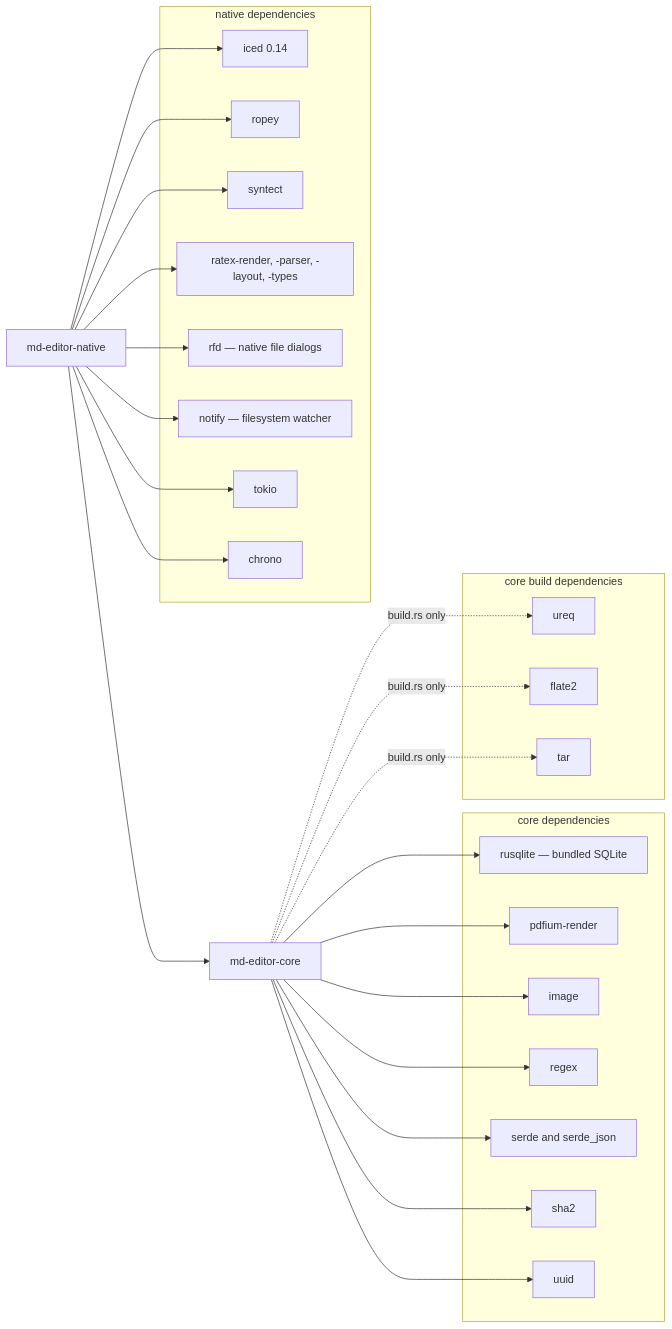
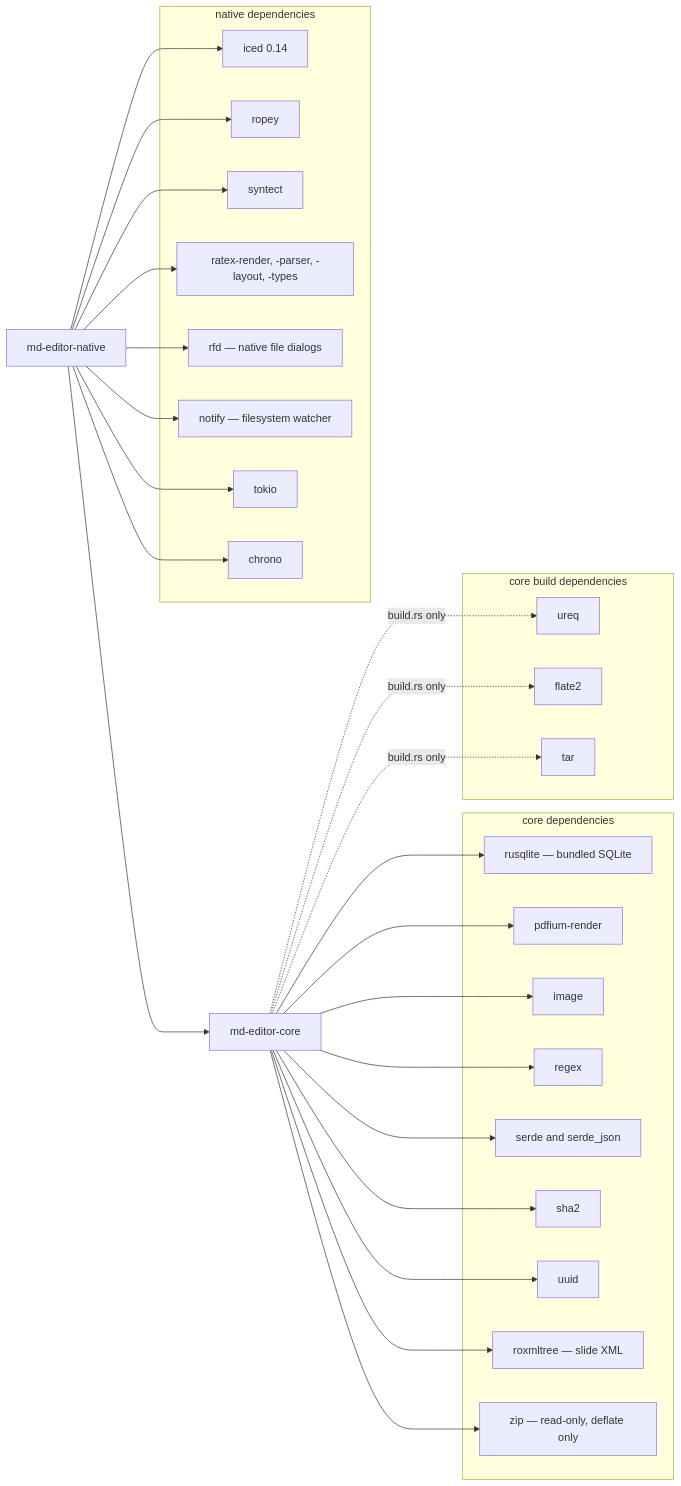
The diagram in wiki/Repository-Structure.md (Suranjan77/md-editor), drawn with Mermaid before and after one commit. The commit also changed other lines of this file and 31 other files, not shown here.

````diff
--- a/wiki/Repository-Structure.md
+++ b/wiki/Repository-Structure.md
@@ -170,50 +188,54 @@
 ```mermaid
 graph LR
     subgraph ThirdPartyCore ["core dependencies"]
         rusqlite["rusqlite — bundled SQLite"]
         pdfium["pdfium-render"]
         image_c["image"]
         regex_c["regex"]
         serde_c["serde and serde_json"]
         sha2["sha2"]
         uuid["uuid"]
+        roxmltree["roxmltree — slide XML"]
+        zip_c["zip — read-only, deflate only"]
     end
 
     subgraph BuildDeps ["core build dependencies"]
         ureq["ureq"]
         flate2["flate2"]
         tar["tar"]
     end
 
     subgraph ThirdPartyNative ["native dependencies"]
         iced["iced 0.14"]
         ropey["ropey"]
         syntect["syntect"]
         ratex["ratex-render, -parser, -layout, -types"]
         rfd["rfd — native file dialogs"]
         notify["notify — filesystem watcher"]
         tokio["tokio"]
         chrono["chrono"]
     end
 
     CoreCrate["md-editor-core"] --> rusqlite
     CoreCrate --> pdfium
     CoreCrate --> image_c
     CoreCrate --> regex_c
     CoreCrate --> serde_c
     CoreCrate --> sha2
     CoreCrate --> uuid
+    CoreCrate --> roxmltree
+    CoreCrate --> zip_c
     CoreCrate -.->|"build.rs only"| ureq
     CoreCrate -.->|"build.rs only"| flate2
     CoreCrate -.->|"build.rs only"| tar
 
     NativeCrate["md-editor-native"] --> CoreCrate
     NativeCrate --> iced
     NativeCrate --> ropey
     NativeCrate --> syntect
     NativeCrate --> ratex
     NativeCrate --> rfd
     NativeCrate --> notify
     NativeCrate --> tokio
     NativeCrate --> chrono
 ```
````
